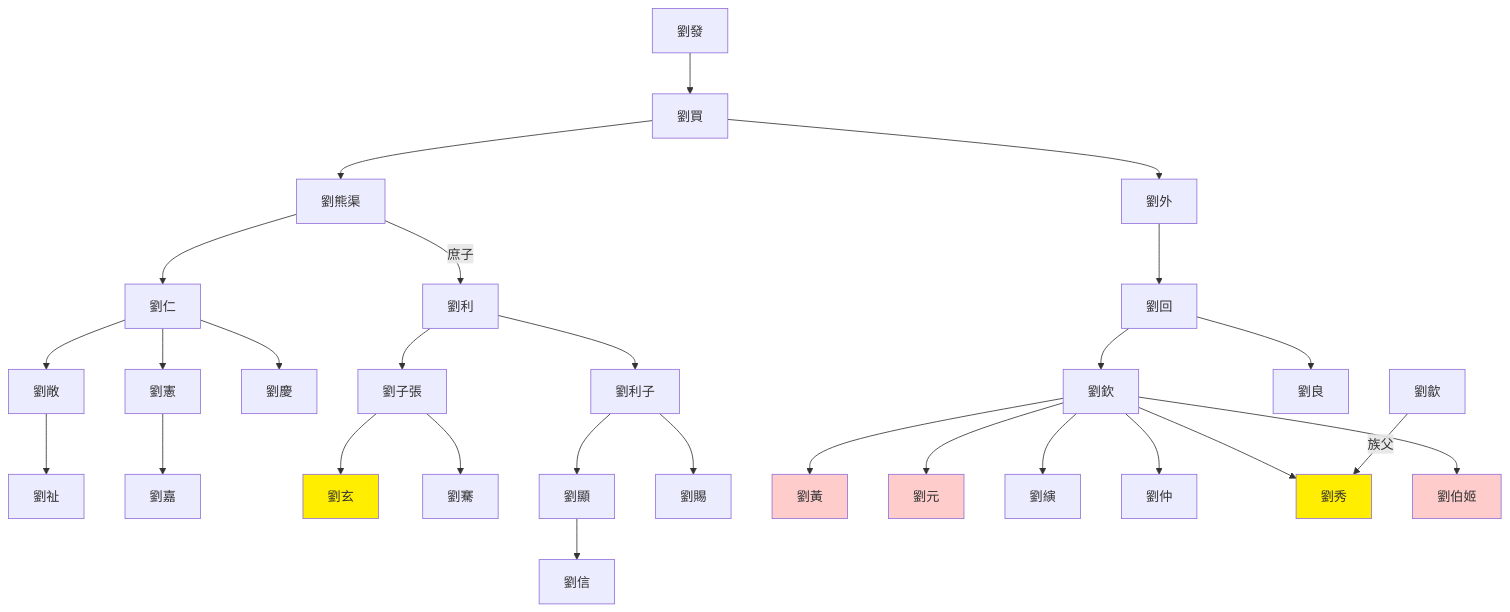
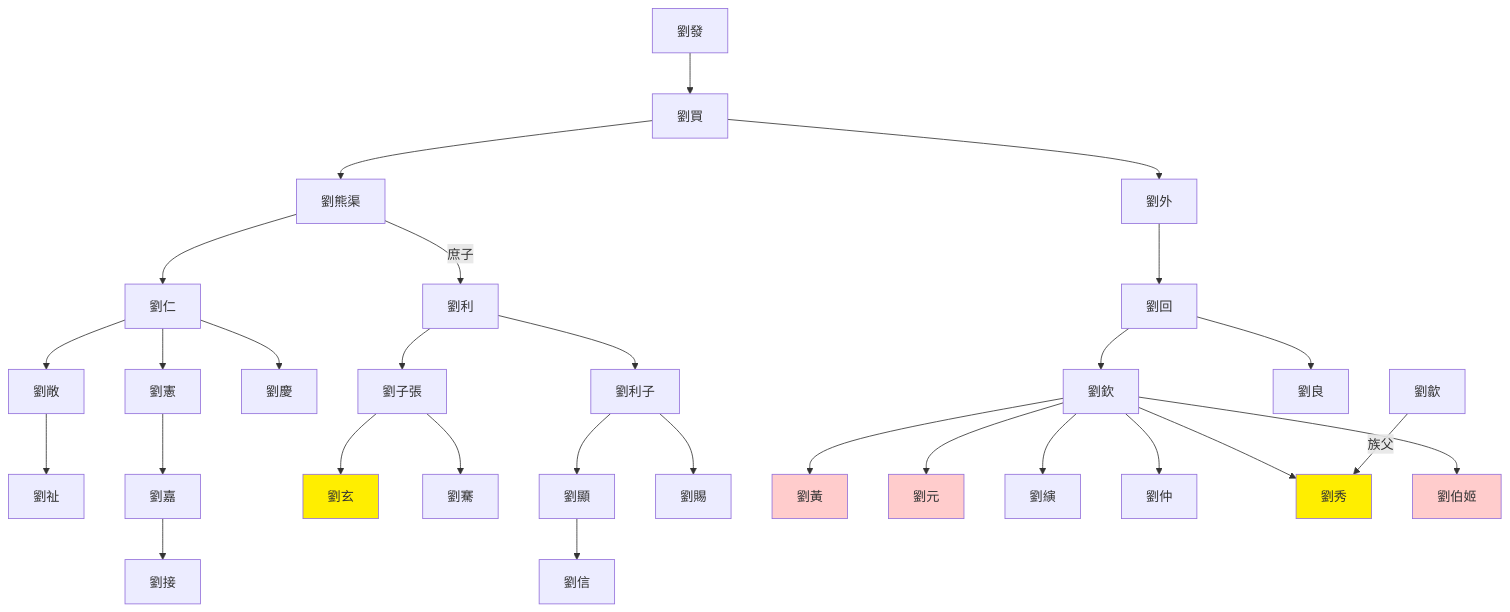
One commit to gamefang/zizhitongjian changed the first of 2 diagrams in 通用專項/歷代世系圖/兩漢劉氏世系圖.md. Above: the diagram before and after it, drawn with Mermaid. The commit also changed 9 other files, not shown here.

````diff
--- a/通用專項/歷代世系圖/兩漢劉氏世系圖.md
+++ b/通用專項/歷代世系圖/兩漢劉氏世系圖.md
@@ -5,38 +5,39 @@
 ```mermaid
 graph TB
 劉發-->劉買
 劉買-->劉熊渠
 劉熊渠-->劉仁
 劉仁-->劉敞
 劉敞-->劉祉
 劉仁-->劉憲
 劉憲-->劉嘉
+劉嘉-->劉接
 劉仁-->劉慶
 劉熊渠--庶子-->劉利
 劉利-->劉子張
 劉子張-->劉玄
 劉子張-->劉騫
 劉利-->劉利子
 劉利子-->劉顯
 劉顯-->劉信
 劉利子-->劉賜
 
 劉買-->劉外
 劉外-->劉回
 劉回-->劉欽
 劉欽-->劉黃
 劉欽-->劉元
 劉欽-->劉縯
 劉欽-->劉仲
 劉欽-->劉秀
 劉欽-->劉伯姬
 劉回-->劉良
 
 劉歙--族父-->劉秀
 
 classDef female fill:#ffcccc
 class 劉黃,劉元,劉伯姬 female
 
 classDef king fill:#ffee00
 class 劉玄,劉秀 king
 ```
````
